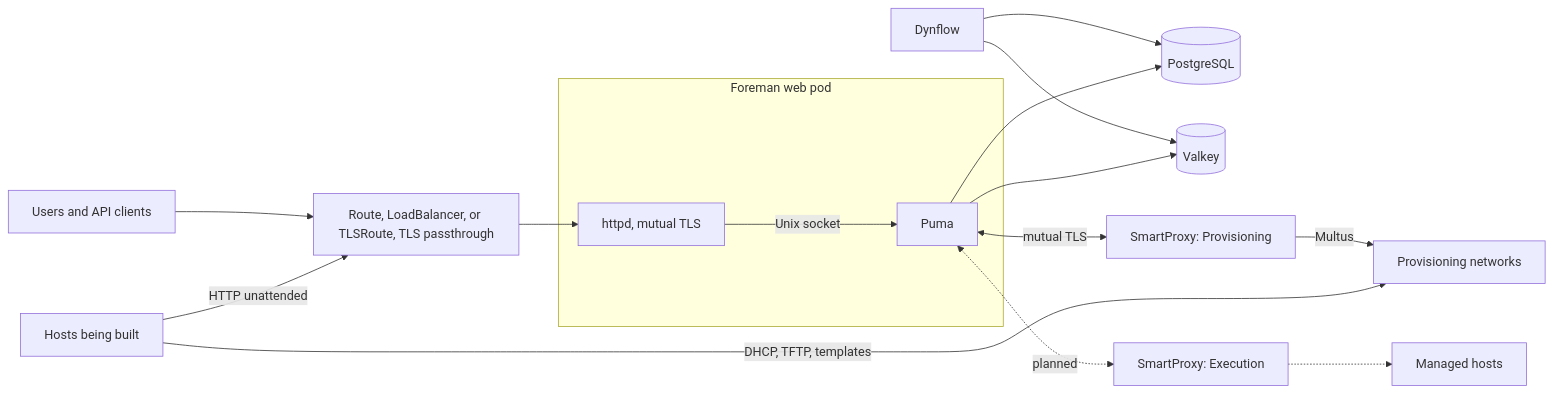
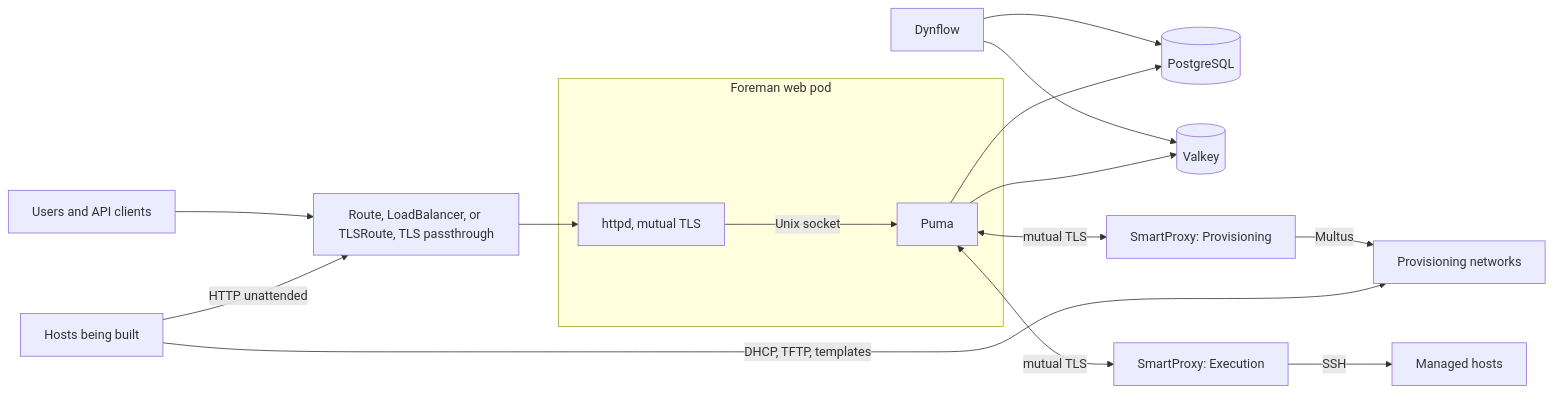
Before and after one commit to slauger/foreman-operator: the first of 2 diagrams in docs/concepts/architecture.md, drawn with Mermaid. The commit also changed other lines of this file and 18 other files, not shown here.

First line of the commit message:
docs: refresh README, roadmap, and guides for the current state (#42)

````diff
--- a/docs/concepts/architecture.md
+++ b/docs/concepts/architecture.md
@@ -10,20 +10,20 @@
 ```mermaid
 flowchart LR
   Users[Users and API clients] --> Edge[Route, LoadBalancer, or TLSRoute, TLS passthrough]
   Build[Hosts being built] -->|HTTP unattended| Edge
   Edge --> Frontend
   subgraph WebPod[Foreman web pod]
     Frontend[httpd, mutual TLS] -->|Unix socket| Web[Puma]
   end
 
   Dynflow[Dynflow] --> PG[(PostgreSQL)]
   Dynflow --> Valkey[(Valkey)]
   Web --> PG
   Web --> Valkey
 
   Web <-->|mutual TLS| Prov[SmartProxy: Provisioning]
-  Web <-.->|planned| Exec[SmartProxy: Execution]
-  Exec -.-> Managed[Managed hosts]
+  Web <-->|mutual TLS| Exec[SmartProxy: Execution]
+  Exec -->|SSH| Managed[Managed hosts]
   Prov -->|Multus| Net[Provisioning networks]
   Build -->|DHCP, TFTP, templates| Net
 ```
````
